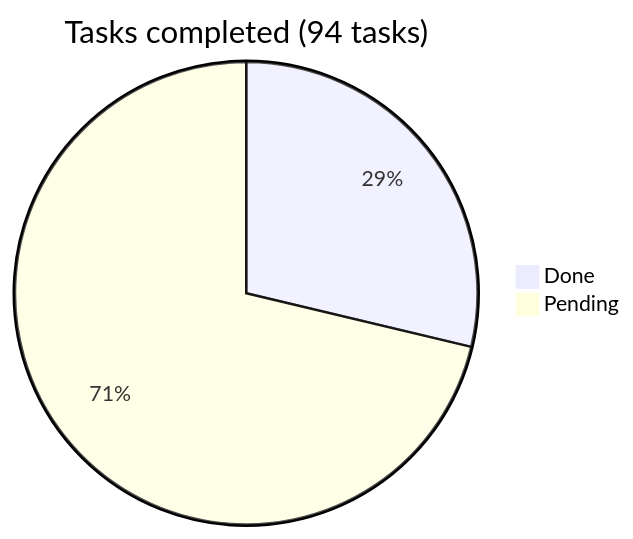
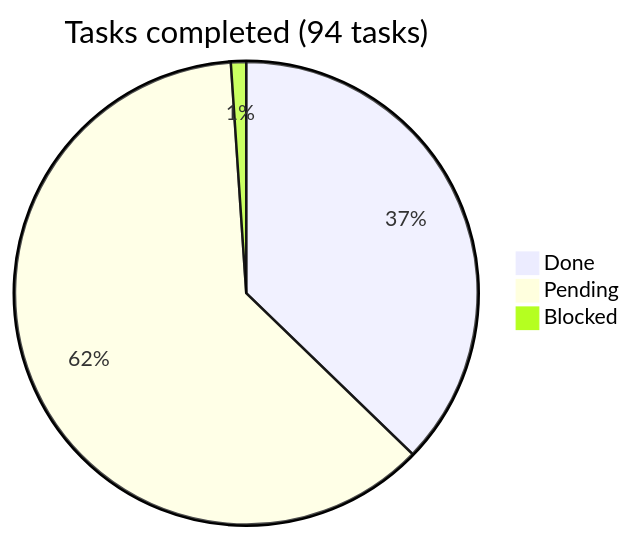
Before and after one commit to araguaney-lat/araguaney-app: the diagram in docs/roadmap/README.md, drawn with Mermaid. The commit also changed other lines of this file and 1 other file, not shown here.

Commit message:
docs(roadmap): mark phase 03 and record the blocked stock screen

````diff
--- a/docs/roadmap/README.md
+++ b/docs/roadmap/README.md
@@ -12,5 +12,6 @@
 ```mermaid
 pie title Tasks completed (94 tasks)
-    "Done" : 27
-    "Pending" : 67
+    "Done" : 35
+    "Pending" : 58
+    "Blocked" : 1
 ```
````
